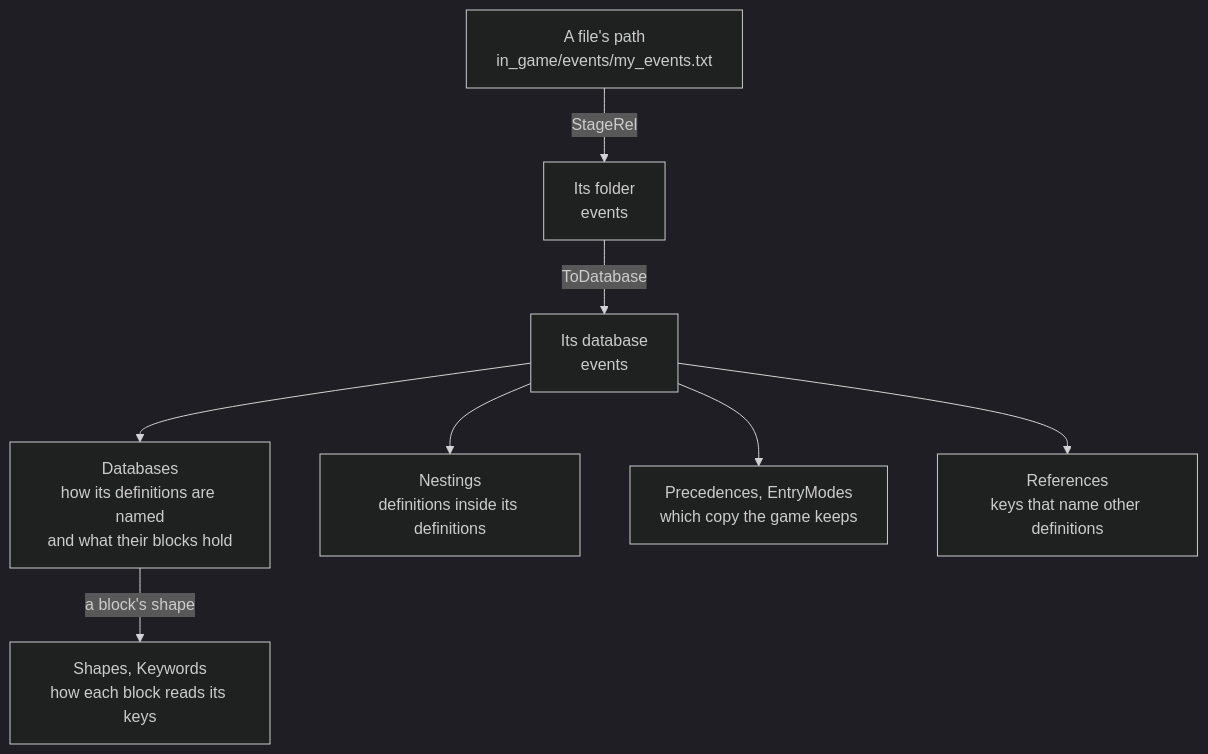
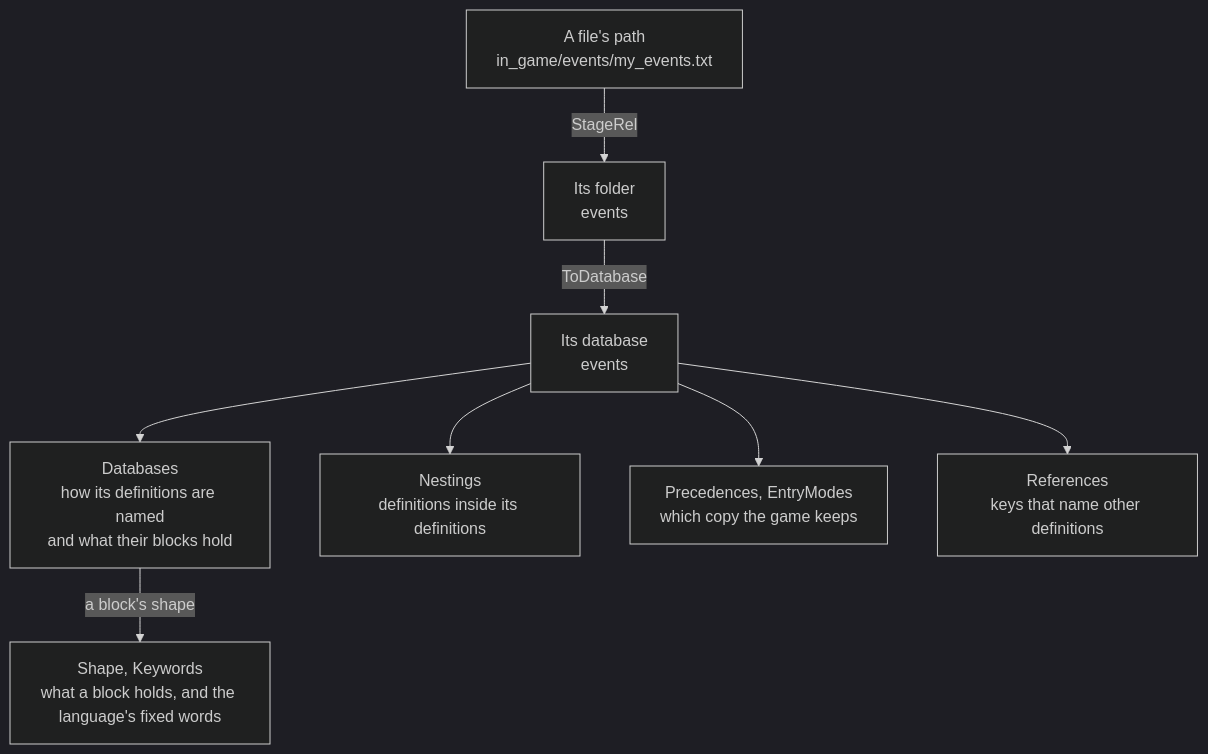
The diagram in internal/game/README.md (idodavis/paradox-modding-tools), drawn with Mermaid (dark theme) before and after one commit. The commit also changed other lines of this file and 62 other files, not shown here.

````diff
--- a/internal/game/README.md
+++ b/internal/game/README.md
@@ -22,10 +22,10 @@
 ```mermaid
 flowchart TD
   file["A file's path<br/>in_game/events/my_events.txt"] -->|StageRel| folder["Its folder<br/>events"]
   folder -->|ToDatabase| database["Its database<br/>events"]
   database --> databases["Databases<br/>how its definitions are named<br/>and what their blocks hold"]
   database --> nestings["Nestings<br/>definitions inside its definitions"]
   database --> precedences["Precedences, EntryModes<br/>which copy the game keeps"]
   database --> references["References<br/>keys that name other definitions"]
-  databases -->|a block's shape| shapes["Shapes, Keywords<br/>how each block reads its keys"]
+  databases -->|a block's shape| shapes["Shape, Keywords<br/>what a block holds, and the language's fixed words"]
 ```
````
